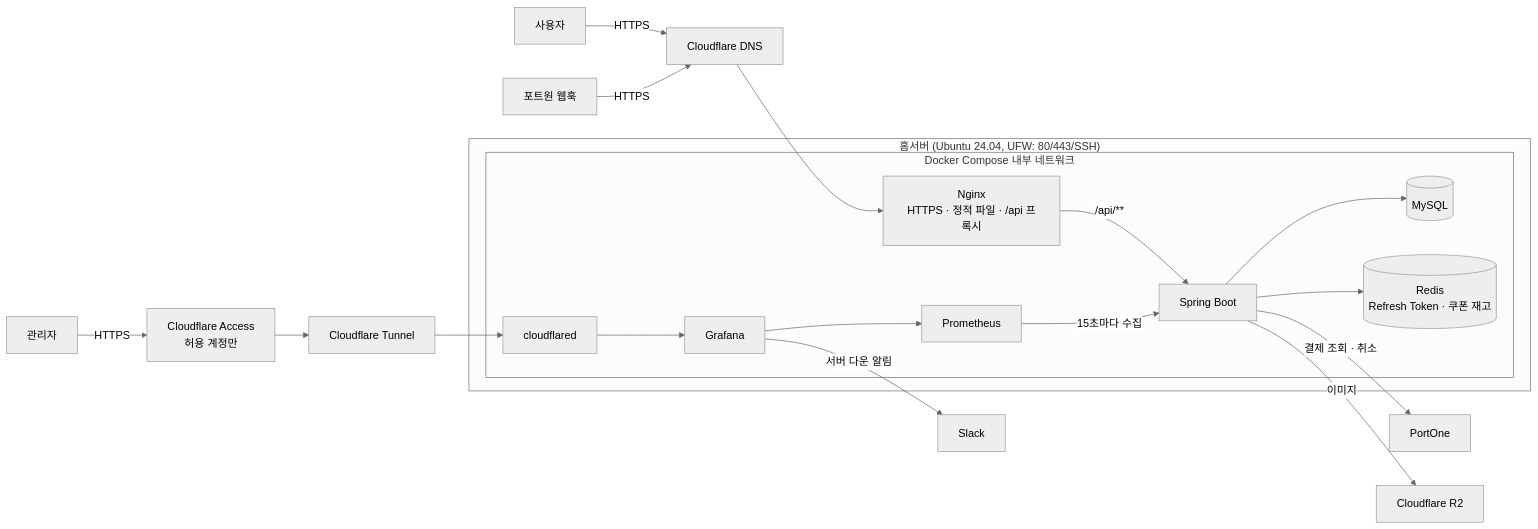
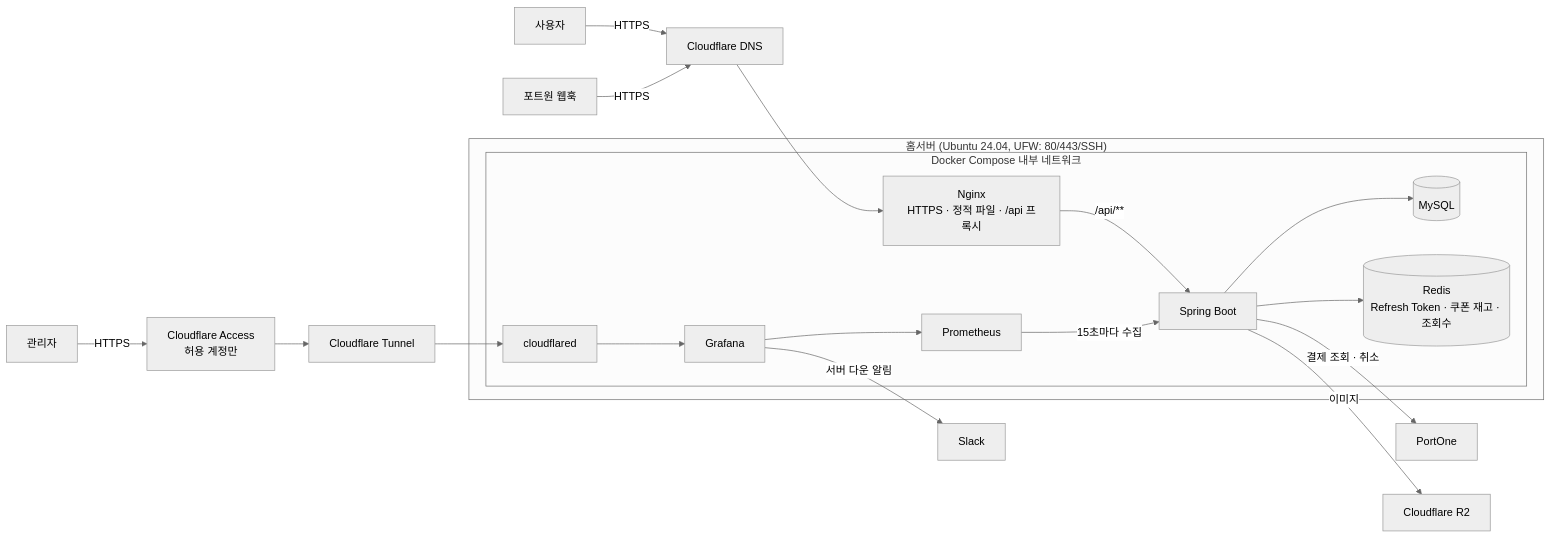
One commit to junghun92/baseshop changed the first of 4 diagrams in README.md. Above: the diagram before and after it, drawn with Mermaid (neutral theme). The commit also changed other lines of this file, not shown here.

````diff
--- a/README.md
+++ b/README.md
@@ -38,28 +38,28 @@
 ```mermaid
 flowchart LR
     U["사용자"] -->|"HTTPS"| CF["Cloudflare DNS"]
     PO["포트원 웹훅"] -->|"HTTPS"| CF
     CF --> N
     ADM["관리자"] -->|"HTTPS"| ACC["Cloudflare Access<br>허용 계정만"]
     ACC --> TUN["Cloudflare Tunnel"]
     subgraph S["홈서버 (Ubuntu 24.04, UFW: 80/443/SSH)"]
         subgraph D["Docker Compose 내부 네트워크"]
             N["Nginx<br>HTTPS · 정적 파일 · /api 프록시"]
             SP["Spring Boot"]
             DB[("MySQL")]
-            RD[("Redis<br>Refresh Token · 쿠폰 재고")]
+            RD[("Redis<br>Refresh Token · 쿠폰 재고 · 조회수")]
             PR["Prometheus"]
             GF["Grafana"]
             CFD["cloudflared"]
         end
     end
     N -->|"/api/**"| SP
     SP --> DB
     SP --> RD
     PR -->|"15초마다 수집"| SP
     GF --> PR
     TUN --> CFD --> GF
     GF -->|"서버 다운 알림"| SL["Slack"]
     SP -->|"결제 조회 · 취소"| PG["PortOne"]
     SP -->|"이미지"| R2["Cloudflare R2"]
 ```
````
